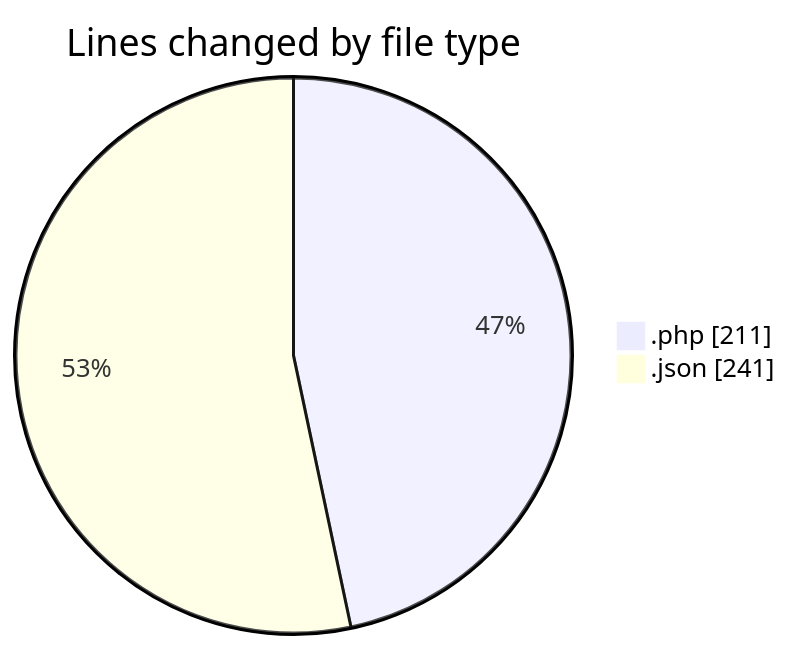
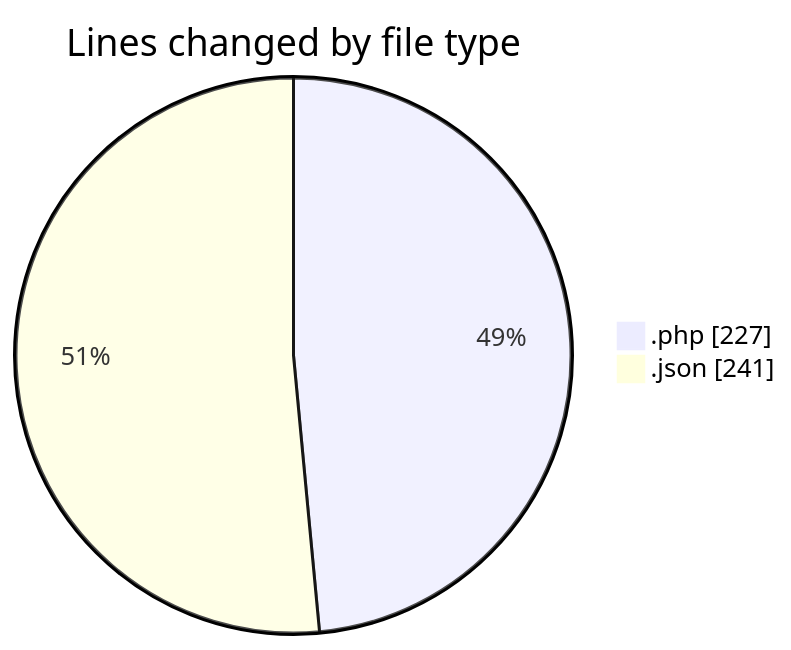
The first of 2 diagrams in 2025-03-29/autodidak/README.md (idhammustaqopulfikri/code-tracking), drawn with Mermaid before and after one commit. The commit also changed other lines of this file and 1 other file, not shown here.

````diff
--- a/2025-03-29/autodidak/README.md
+++ b/2025-03-29/autodidak/README.md
@@ -26,6 +26,6 @@
 ```mermaid
 pie showData
 title Lines changed by file type
-".php" : 211
+".php" : 227
 ".json" : 241
 ```
````
